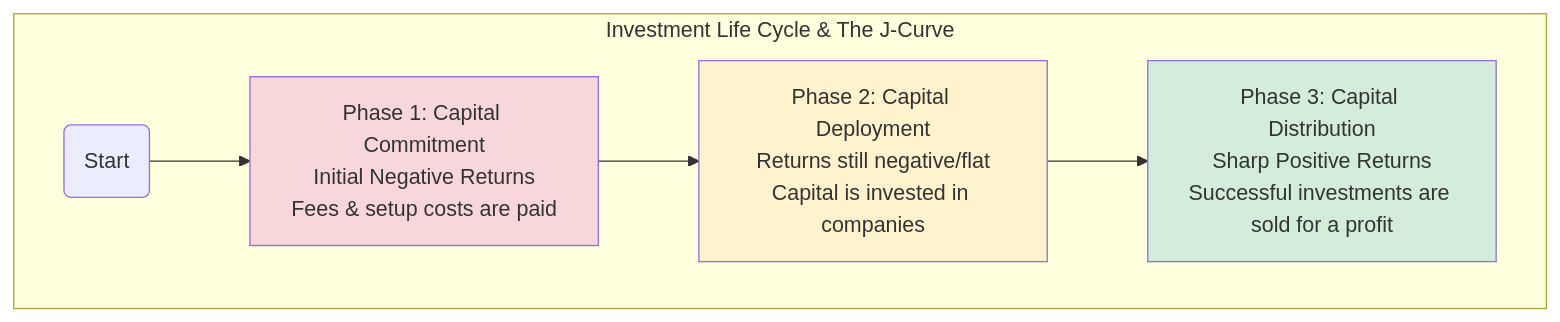
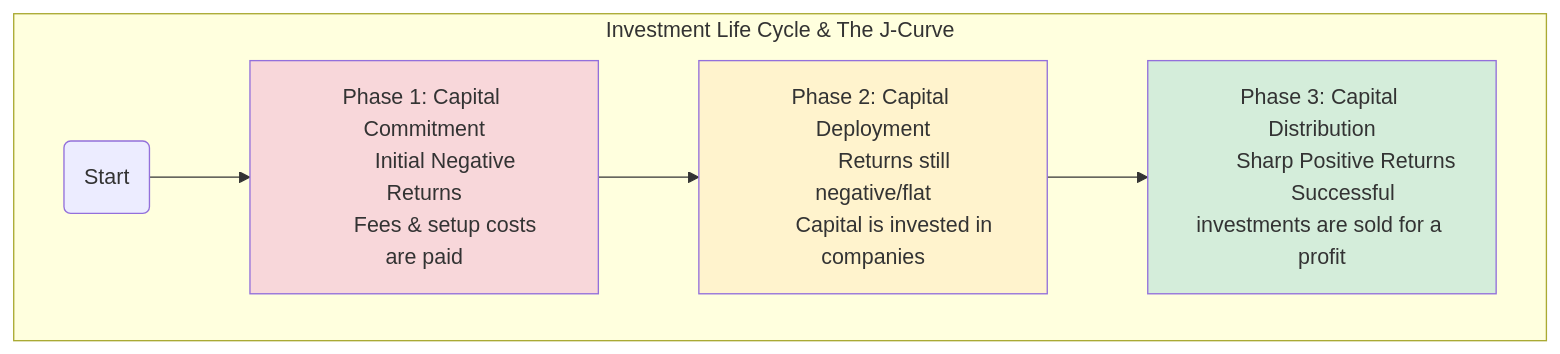
Before and after one commit to agarwalvipin/open_cfa: the diagram in docs/LOS/Alts/Reading 77.md, drawn with Mermaid.

Commit message:
Improve J-Curve diagram formatting in Reading 77: Add quotes for subgraph title and enhance clarity in phase descriptions.

````diff
--- a/docs/LOS/Alts/Reading 77.md
+++ b/docs/LOS/Alts/Reading 77.md
@@ -28,12 +28,18 @@
 ```mermaid
 graph LR
-    subgraph Investment Life Cycle & The J-Curve
+    subgraph "Investment Life Cycle & The J-Curve"
         direction LR
-        A(Start) --> B["Phase 1: Capital Commitment<br/>Initial Negative Returns<br/>Fees & setup costs are paid"]
-        B --> C["Phase 2: Capital Deployment<br/>Returns still negative/flat<br/>Capital is invested in companies"]
-        C --> D["Phase 3: Capital Distribution<br/>Sharp Positive Returns<br/>Successful investments are sold for a profit"]
+        A(Start) --> B["Phase 1: Capital Commitment
+        Initial Negative Returns
+        Fees & setup costs are paid"]
+        B --> C["Phase 2: Capital Deployment
+        Returns still negative/flat
+        Capital is invested in companies"]
+        C --> D["Phase 3: Capital Distribution
+        Sharp Positive Returns
+        Successful investments are sold for a profit"]
     end
     style B fill:#f8d7da
     style C fill:#fff3cd
     style D fill:#d4edda
 ```
````
